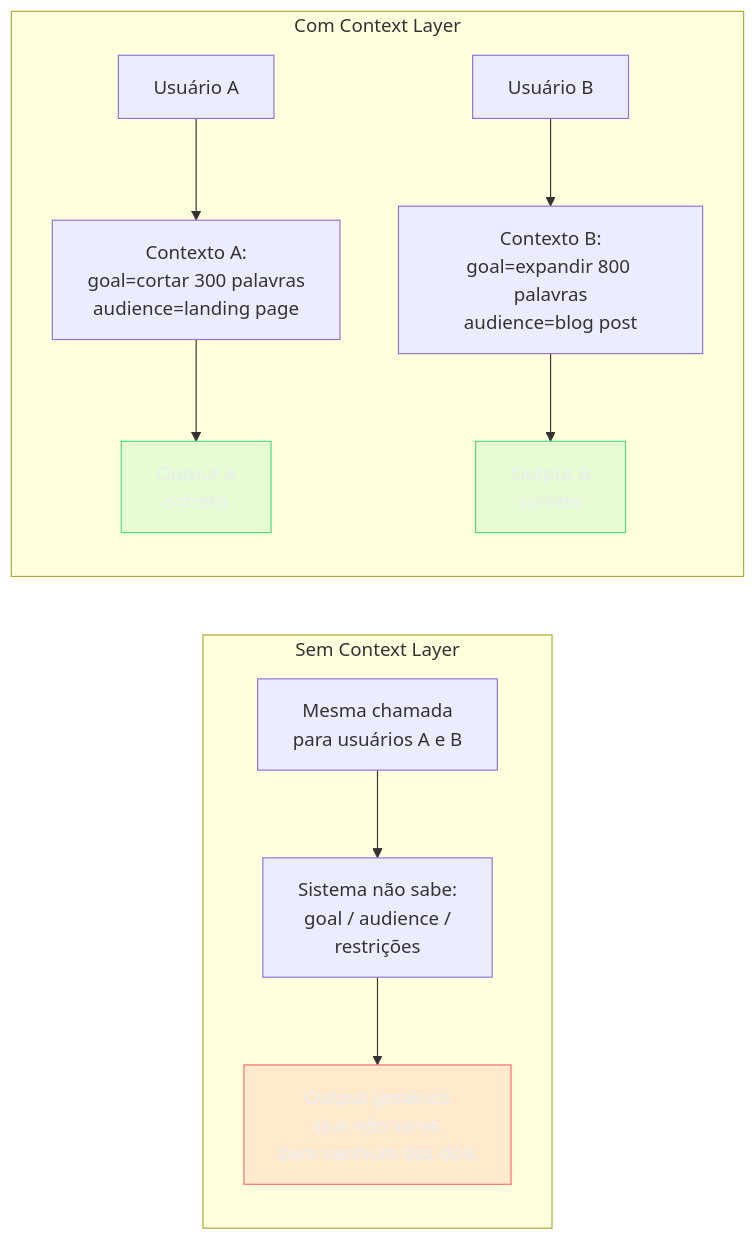
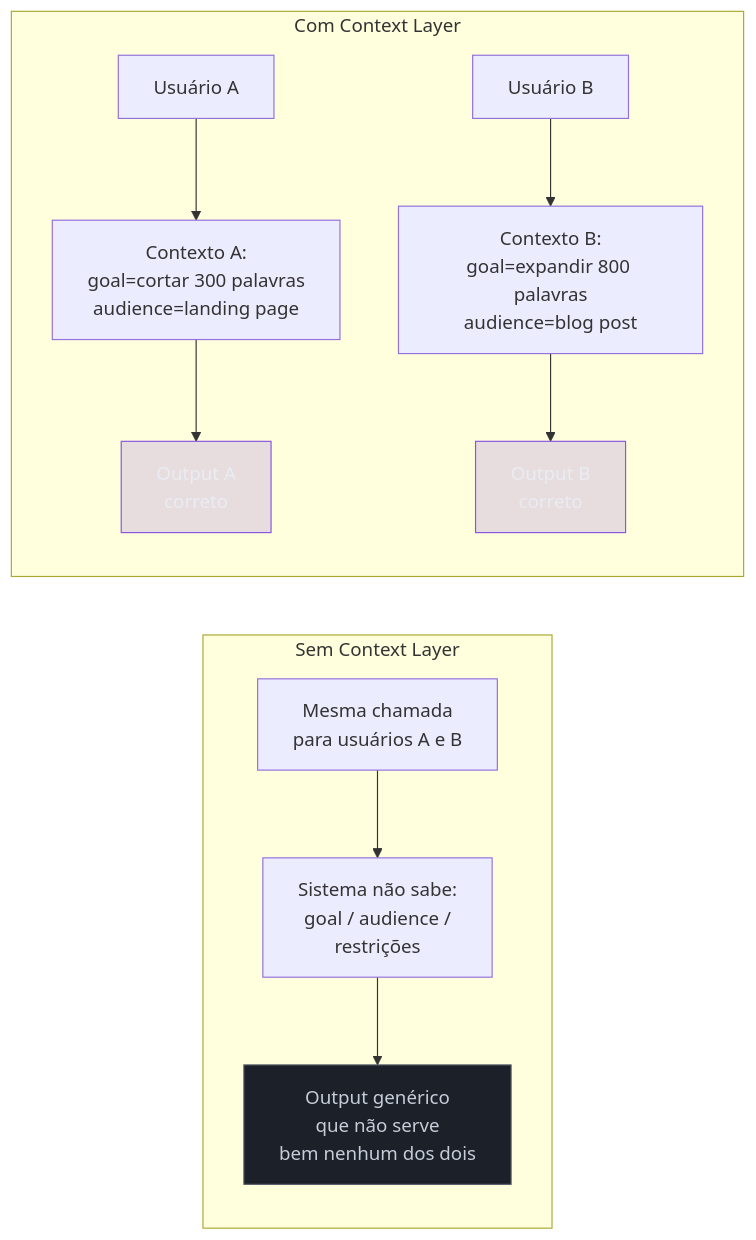
One commit to josenaldo/codex-technomanticus changed the first of 2 diagrams in 03-Dominios/Tecnologia/IA/AI Engineering Stack/04 - Context Layer.md. Above: the diagram before and after it, drawn with Mermaid. The commit also changed other lines of this file and 601 other files, not shown here.

````diff
--- a/03-Dominios/Tecnologia/IA/AI Engineering Stack/04 - Context Layer.md
+++ b/03-Dominios/Tecnologia/IA/AI Engineering Stack/04 - Context Layer.md
@@ -32,27 +32,27 @@
 ```mermaid
 flowchart LR
-    classDef falha fill:#FF6B6B24,stroke:#FF6B6B,color:#E9ECF2
-    classDef ok fill:#4ADE8021,stroke:#4ADE80,color:#E9ECF2
+    classDef marca fill:#8855DF33,stroke:#8855DF,color:#E9ECF2
+    classDef neutro fill:#1B2029,stroke:#4E5666,color:#C6CCD8
     subgraph "Sem Context Layer"
         A1["Mesma chamada\npara usuários A e B"]
         A2["Sistema não sabe:\ngoal / audience /\nrestrições"]
         A3["Output genérico\nque não serve\nbem nenhum dos dois"]
     end
 
     subgraph "Com Context Layer"
         B1["Usuário A"]
         B2["Usuário B"]
         B3["Contexto A:\ngoal=cortar 300 palavras\naudience=landing page"]
         B4["Contexto B:\ngoal=expandir 800 palavras\naudience=blog post"]
         B5["Output A\ncorreto"]
         B6["Output B\ncorreto"]
     end
 
     A1 --> A2 --> A3
     B1 --> B3 --> B5
     B2 --> B4 --> B6
 
-    class A3 falha
-    class B5 ok
-    class B6 ok
+    class A3 neutro
+    class B5 marca
+    class B6 marca
 ```
````
